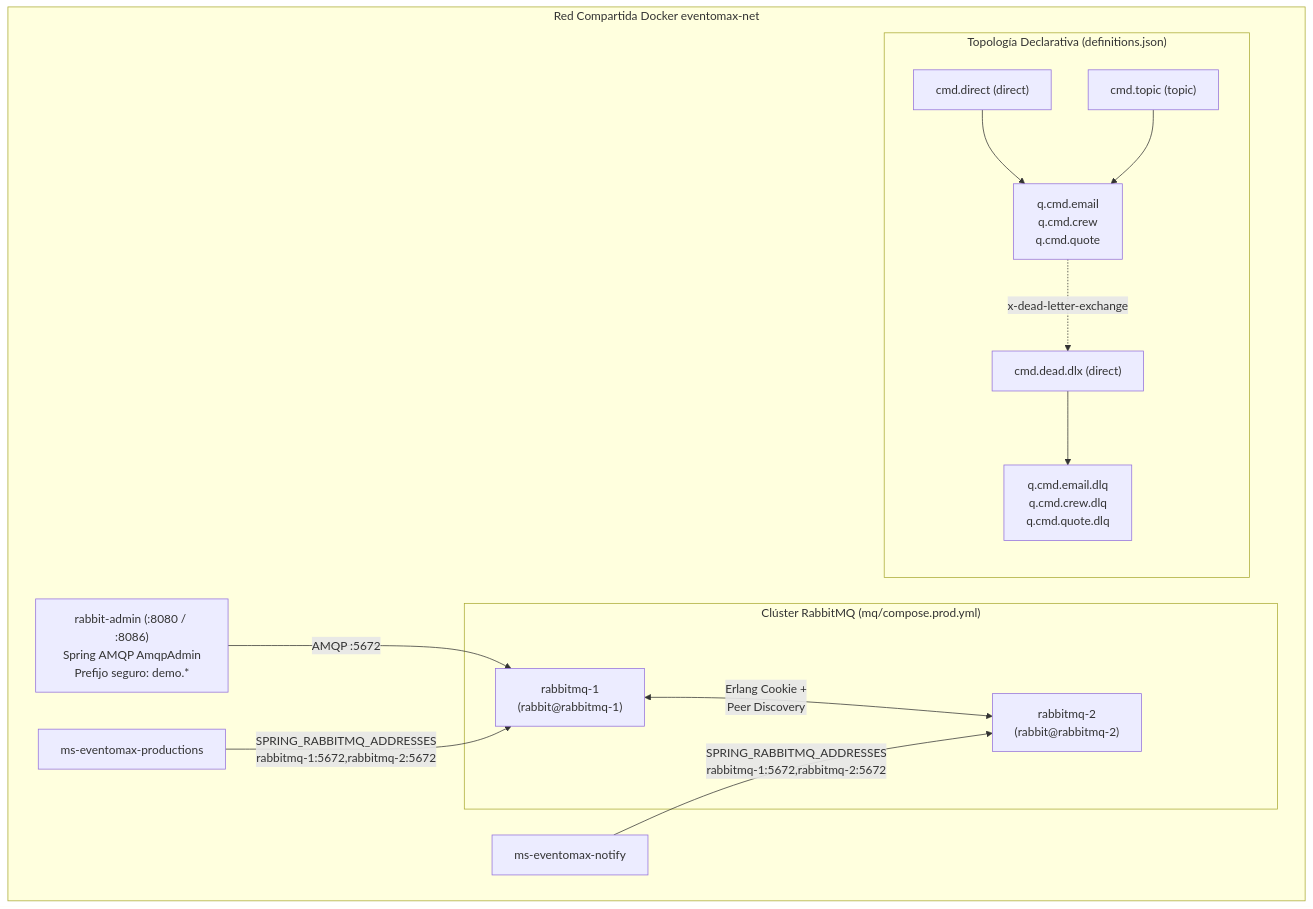
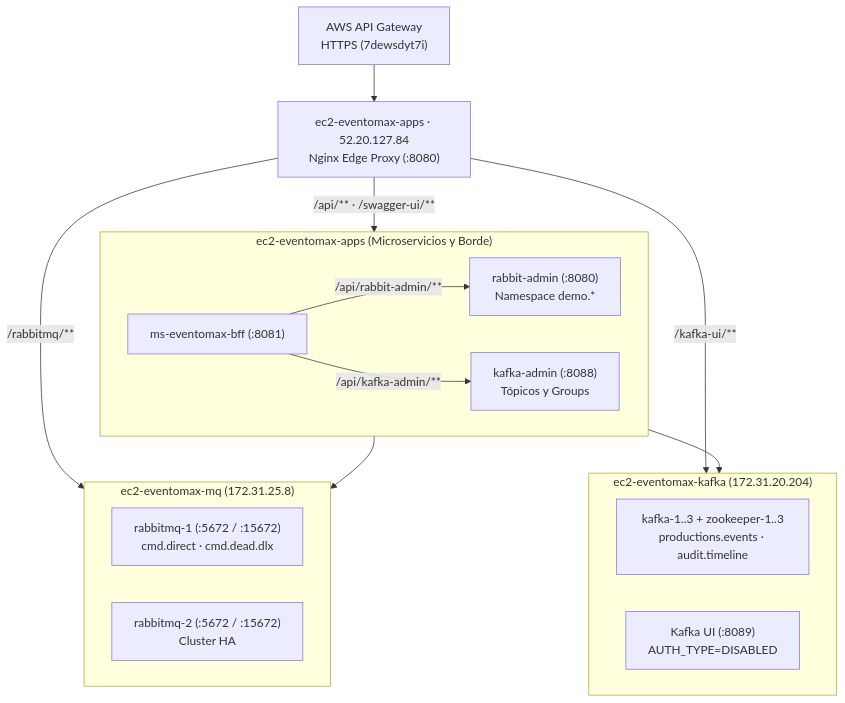
Before and after one commit to Nachovn12/infra-eventomax: the diagram in README.md, drawn with Mermaid. The commit also changed other lines of this file and 9 other files, not shown here.

Commit message:
docs: standardize professional README with banner, stack icons and Mermaid diagram

````diff
--- a/README.md
+++ b/README.md
@@ -31,23 +93,29 @@
 ```mermaid
 flowchart TB
-    subgraph group1["Red Compartida Docker eventomax-net"]
-        subgraph group2["Clúster RabbitMQ (mq/compose.prod.yml)"]
-            RMQ1["rabbitmq-1<br/>(rabbit@rabbitmq-1)"] <-->|"Erlang Cookie +<br/>Peer Discovery"| RMQ2["rabbitmq-2<br/>(rabbit@rabbitmq-2)"]
-        end
+    APIGW["AWS API Gateway<br/>HTTPS (7dewsdyt7i)"] --> Proxy["ec2-eventomax-apps · 52.20.127.84<br/>Nginx Edge Proxy (:8080)"]
 
-        subgraph group3["Topología Declarativa (definitions.json)"]
-            EX_DIRECT["cmd.direct (direct)"]
-            EX_TOPIC["cmd.topic (topic)"]
-            EX_DLX["cmd.dead.dlx (direct)"]
-            Q_WORK["q.cmd.email<br/>q.cmd.crew<br/>q.cmd.quote"]
-            Q_DLQ["q.cmd.email.dlq<br/>q.cmd.crew.dlq<br/>q.cmd.quote.dlq"]
-            EX_DIRECT --> Q_WORK
-            EX_TOPIC --> Q_WORK
-            Q_WORK -.->|"x-dead-letter-exchange"| EX_DLX --> Q_DLQ
-        end
+    subgraph AppsNode["ec2-eventomax-apps (Microservicios y Borde)"]
+        direction LR
+        BFF["ms-eventomax-bff (:8081)"]
+        RAdm["rabbit-admin (:8080)<br/>Namespace demo.*"]
+        KAdm["kafka-admin (:8088)<br/>Tópicos y Groups"]
+    end
 
-        RADMIN["rabbit-admin (:8080 / :8086)<br/>Spring AMQP AmqpAdmin<br/>Prefijo seguro: demo.*"] -->|"AMQP :5672"| RMQ1
-        PROD["ms-eventomax-productions"] -->|"SPRING_RABBITMQ_ADDRESSES<br/>rabbitmq-1:5672,rabbitmq-2:5672"| RMQ1
-        NOTIFY["ms-eventomax-notify"] -->|"SPRING_RABBITMQ_ADDRESSES<br/>rabbitmq-1:5672,rabbitmq-2:5672"| RMQ2
+    subgraph KafkaNode["ec2-eventomax-kafka (172.31.20.204)"]
+        direction LR
+        KCluster["kafka-1..3 + zookeeper-1..3<br/>productions.events · audit.timeline"]
+        KUI["Kafka UI (:8089)<br/>AUTH_TYPE=DISABLED"]
     end
+
+    subgraph MQNode["ec2-eventomax-mq (172.31.25.8)"]
+        direction LR
+        RMQ1["rabbitmq-1 (:5672 / :15672)<br/>cmd.direct · cmd.dead.dlx"]
+        RMQ2["rabbitmq-2 (:5672 / :15672)<br/>Cluster HA"]
+    end
+
+    Proxy -->|"/api/** · /swagger-ui/**"| BFF
+    Proxy -->|"/kafka-ui/**"| KUI
+    Proxy -->|"/rabbitmq/**"| RMQ1
+    BFF -->|"/api/rabbit-admin/**"| RAdm --> RMQ1
+    BFF -->|"/api/kafka-admin/**"| KAdm --> KCluster
 ```
````
